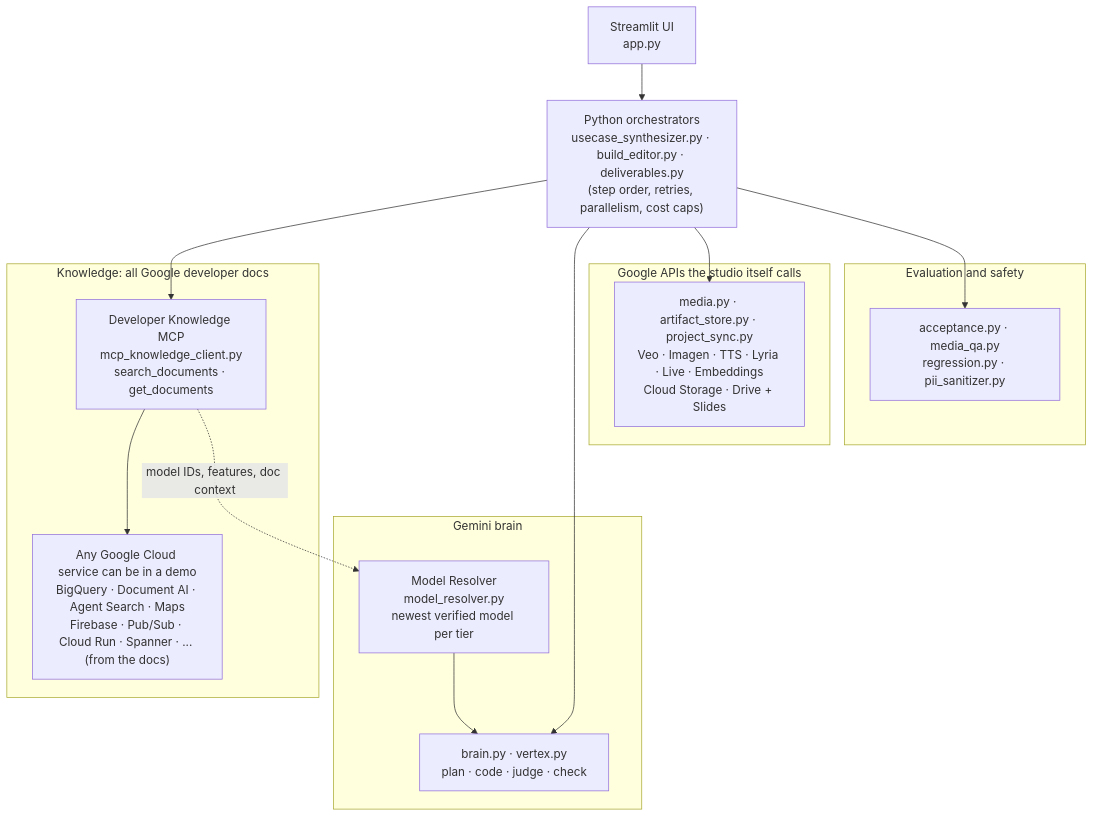
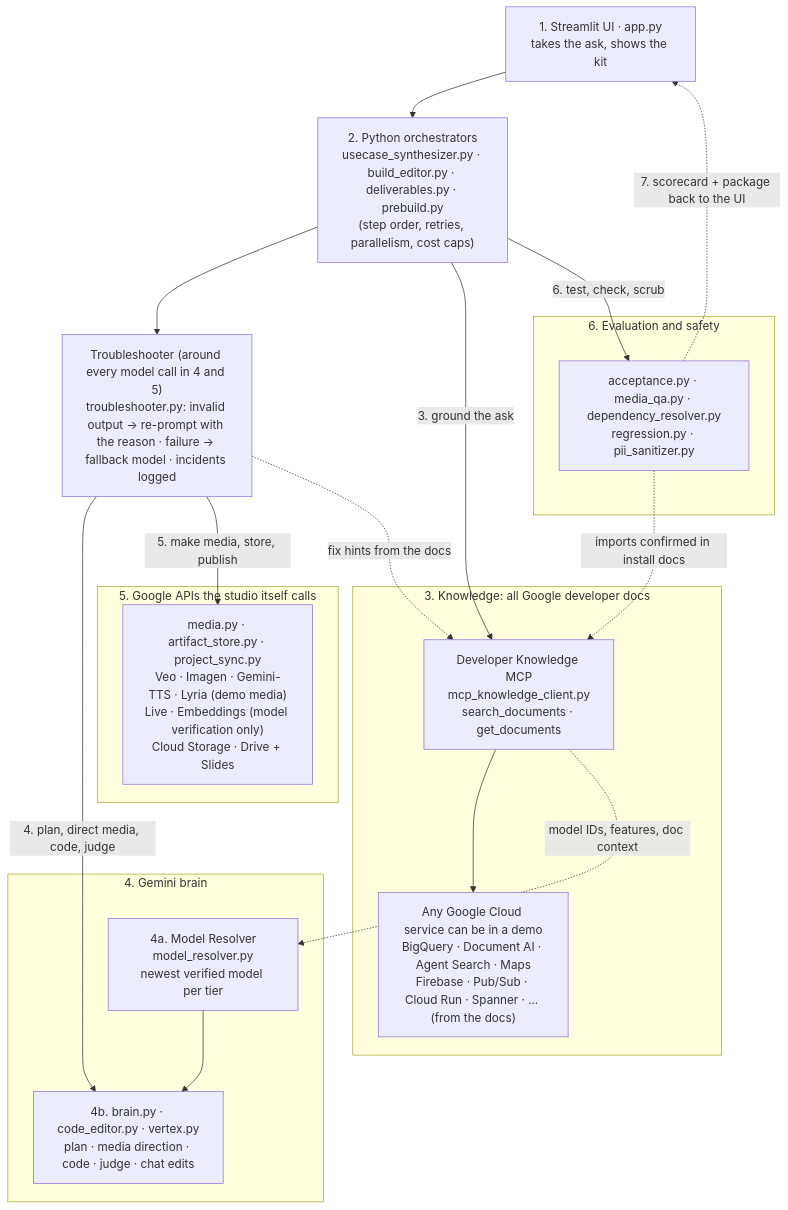
One commit to LUJ20/eliminating-custom-demo-toil-with-google-mcp changed the second of 2 diagrams in README.md. Above: the diagram before and after it, drawn with Mermaid. The commit also changed other lines of this file, not shown here.

First line of the commit message:
README: ordered how-it-works diagram, numbered component diagram, per-use-case API calls

````diff
--- a/README.md
+++ b/README.md
@@ -132,25 +150,29 @@
 ```mermaid
 flowchart TB
-    UI["Streamlit UI<br/>app.py"] --> O["Python orchestrators<br/>usecase_synthesizer.py · build_editor.py · deliverables.py<br/>(step order, retries, parallelism, cost caps)"]
-    subgraph K["Knowledge: all Google developer docs"]
+    UI["1. Streamlit UI · app.py<br/>takes the ask, shows the kit"] --> O["2. Python orchestrators<br/>usecase_synthesizer.py · build_editor.py · deliverables.py · prebuild.py<br/>(step order, retries, parallelism, cost caps)"]
+    O --> TS["Troubleshooter (around every model call in 4 and 5)<br/>troubleshooter.py: invalid output → re-prompt with the reason · failure → fallback model · incidents logged"]
+    subgraph K["3. Knowledge: all Google developer docs"]
         MCP["Developer Knowledge MCP<br/>mcp_knowledge_client.py<br/>search_documents · get_documents"]
         ANY["Any Google Cloud service can be in a demo<br/>BigQuery · Document AI · Agent Search · Maps<br/>Firebase · Pub/Sub · Cloud Run · Spanner · ... (from the docs)"]
         MCP --> ANY
     end
-    subgraph B["Gemini brain"]
-        R["Model Resolver<br/>model_resolver.py<br/>newest verified model per tier"]
-        G["brain.py · vertex.py<br/>plan · code · judge · check"]
+    subgraph B["4. Gemini brain"]
+        R["4a. Model Resolver<br/>model_resolver.py<br/>newest verified model per tier"]
+        G["4b. brain.py · code_editor.py · vertex.py<br/>plan · media direction · code · judge · chat edits"]
         R --> G
     end
-    subgraph T["Google APIs the studio itself calls"]
-        API["media.py · artifact_store.py · project_sync.py<br/>Veo · Imagen · TTS · Lyria · Live · Embeddings<br/>Cloud Storage · Drive + Slides"]
+    subgraph T["5. Google APIs the studio itself calls"]
+        API["media.py · artifact_store.py · project_sync.py<br/>Veo · Imagen · Gemini-TTS · Lyria (demo media)<br/>Live · Embeddings (model verification only)<br/>Cloud Storage · Drive + Slides"]
     end
-    subgraph E["Evaluation and safety"]
-        EV["acceptance.py · media_qa.py<br/>regression.py · pii_sanitizer.py"]
+    subgraph E["6. Evaluation and safety"]
+        EV["acceptance.py · media_qa.py · dependency_resolver.py<br/>regression.py · pii_sanitizer.py"]
     end
-    O --> MCP
-    O --> G
-    O --> API
-    O --> EV
+    O -->|"3. ground the ask"| MCP
+    TS -->|"4. plan, direct media, code, judge"| G
+    TS -->|"5. make media, store, publish"| API
+    O -->|"6. test, check, scrub"| EV
+    EV -. "7. scorecard + package back to the UI" .-> UI
+    TS -. "fix hints from the docs" .-> MCP
+    EV -. "imports confirmed in install docs" .-> MCP
     MCP -. "model IDs, features, doc context" .-> R
 ```
````
